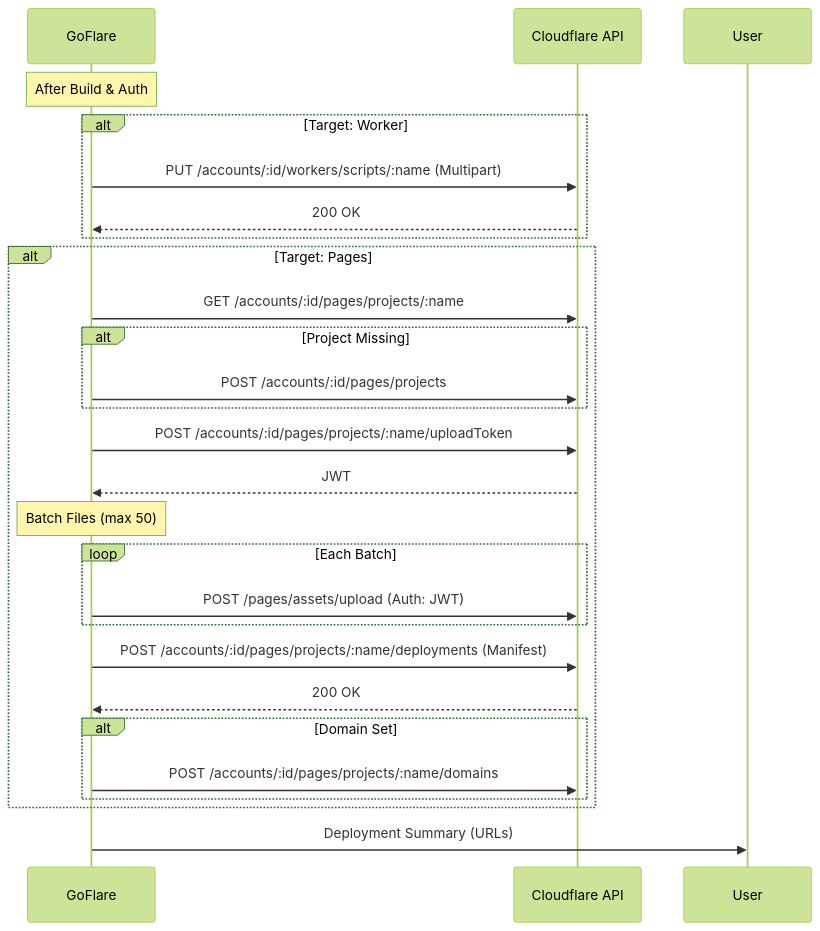
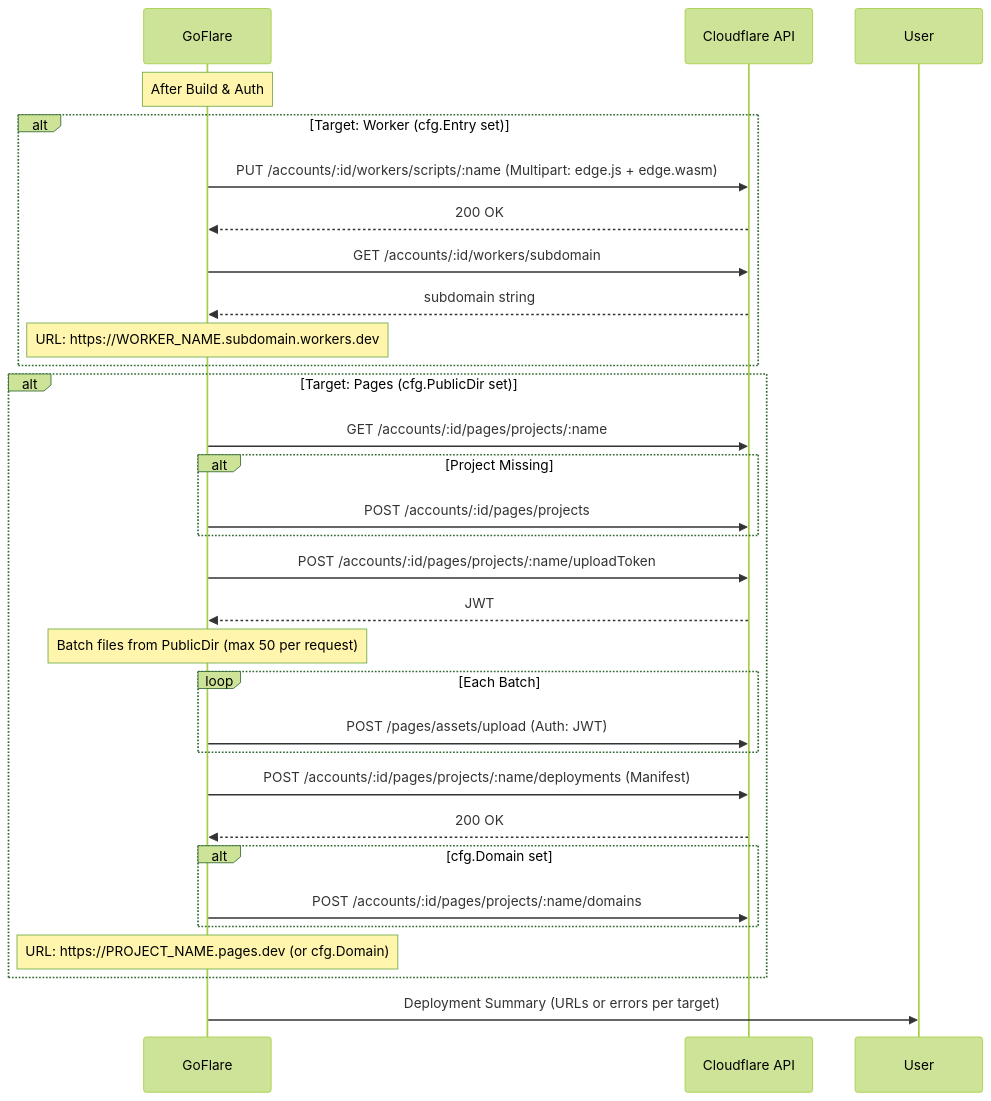
The diagram in docs/diagrams/DEPLOY_FLOW.md (tinywasm/goflare), drawn with Mermaid (forest theme) before and after one commit. The commit also changed 7 other files, not shown here.

````diff
--- a/docs/diagrams/DEPLOY_FLOW.md
+++ b/docs/diagrams/DEPLOY_FLOW.md
@@ -3,32 +3,36 @@
 ```mermaid
 sequenceDiagram
     participant G as GoFlare
     participant CF as Cloudflare API
 
     Note over G: After Build & Auth
 
-    alt Target: Worker
-        G->>CF: PUT /accounts/:id/workers/scripts/:name (Multipart)
+    alt Target: Worker (cfg.Entry set)
+        G->>CF: PUT /accounts/:id/workers/scripts/:name (Multipart: edge.js + edge.wasm)
         CF-->>G: 200 OK
+        G->>CF: GET /accounts/:id/workers/subdomain
+        CF-->>G: subdomain string
+        Note over G: URL: https://WORKER_NAME.subdomain.workers.dev
     end
 
-    alt Target: Pages
+    alt Target: Pages (cfg.PublicDir set)
         G->>CF: GET /accounts/:id/pages/projects/:name
         alt Project Missing
             G->>CF: POST /accounts/:id/pages/projects
         end
         G->>CF: POST /accounts/:id/pages/projects/:name/uploadToken
         CF-->>G: JWT
-        Note over G: Batch Files (max 50)
+        Note over G: Batch files from PublicDir (max 50 per request)
         loop Each Batch
             G->>CF: POST /pages/assets/upload (Auth: JWT)
         end
         G->>CF: POST /accounts/:id/pages/projects/:name/deployments (Manifest)
         CF-->>G: 200 OK
-        alt Domain Set
+        alt cfg.Domain set
             G->>CF: POST /accounts/:id/pages/projects/:name/domains
         end
+        Note over G: URL: https://PROJECT_NAME.pages.dev (or cfg.Domain)
     end
 
-    G->>User: Deployment Summary (URLs)
+    G->>User: Deployment Summary (URLs or errors per target)
 ```
````
